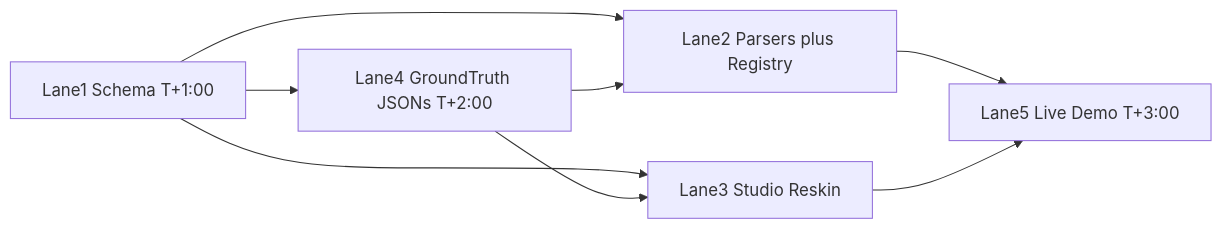
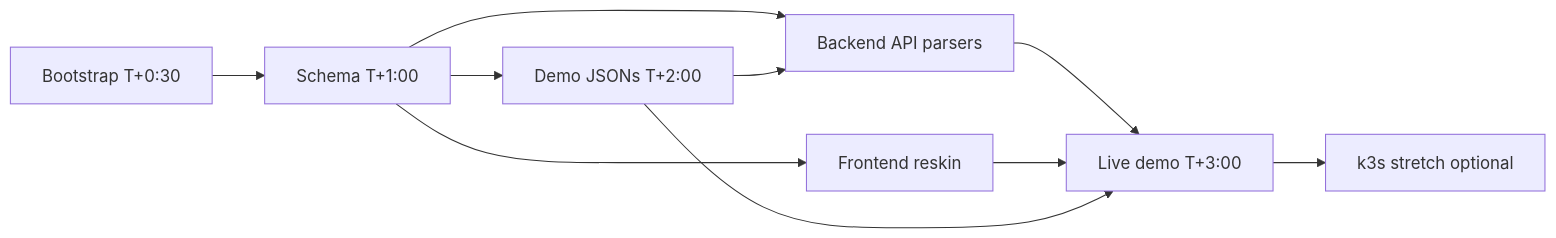
One commit to Elimane0800/StateProof changed the diagram in docs/BUILD_PLAN.md. Above: the diagram before and after it, drawn with Mermaid. The commit also changed other lines of this file and 1 other file, not shown here.

````diff
--- a/docs/BUILD_PLAN.md
+++ b/docs/BUILD_PLAN.md
@@ -209,10 +235,12 @@
 ```mermaid
 flowchart LR
-  lane1[Lane1 Schema T+1:00] --> lane2[Lane2 Parsers plus Registry]
-  lane1 --> lane3[Lane3 Studio Reskin]
-  lane1 --> lane4[Lane4 GroundTruth JSONs T+2:00]
-  lane4 --> lane2
-  lane4 --> lane3
-  lane2 --> lane5[Lane5 Live Demo T+3:00]
-  lane3 --> lane5
+  bootstrap[Bootstrap T+0:30] --> schema[Schema T+1:00]
+  schema --> backendAPI[Backend API parsers]
+  schema --> frontend[Frontend reskin]
+  schema --> demoJSON[Demo JSONs T+2:00]
+  demoJSON --> backendAPI
+  backendAPI --> liveDemo[Live demo T+3:00]
+  frontend --> liveDemo
+  demoJSON --> liveDemo
+  liveDemo --> k3s[k3s stretch optional]
 ```
````
